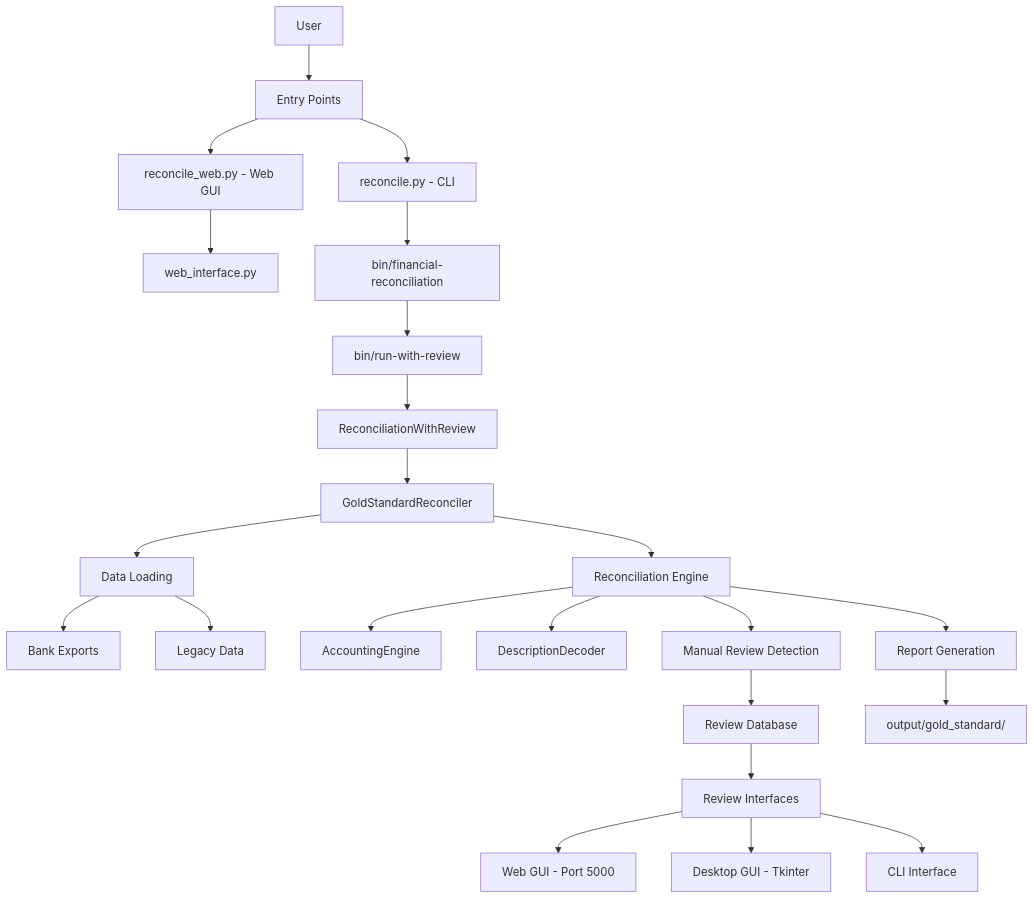
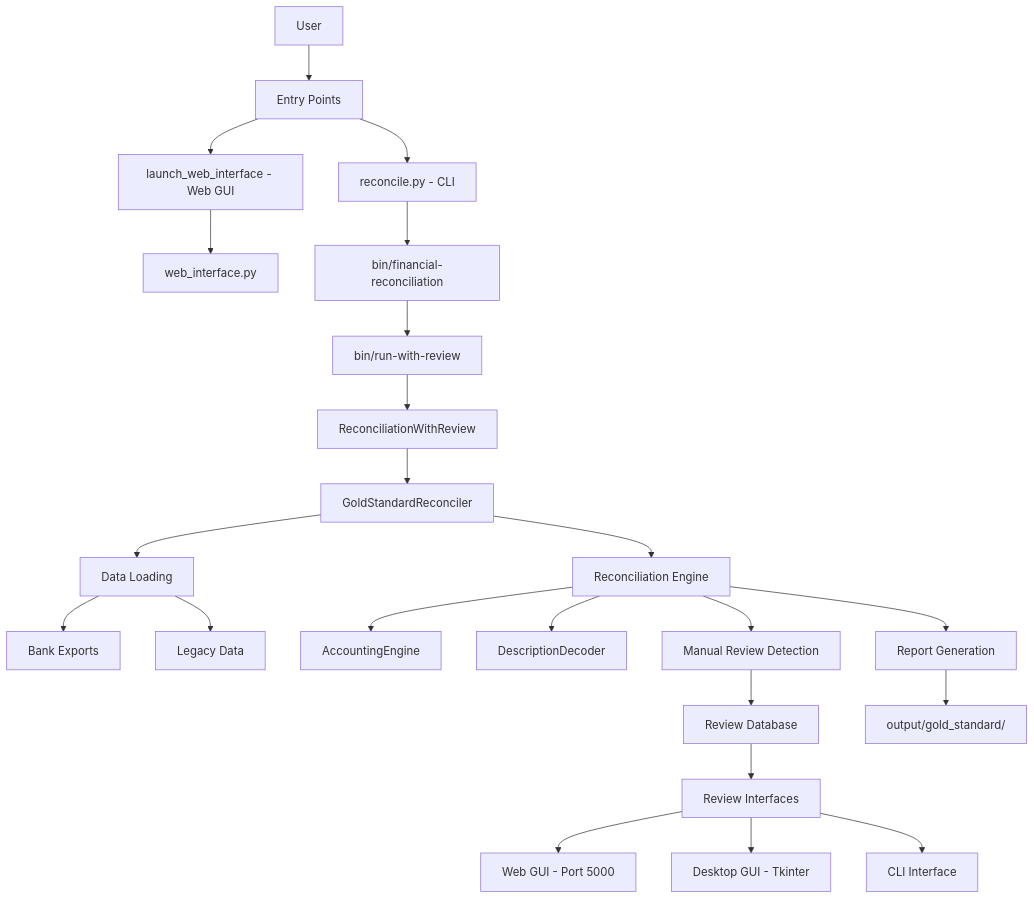
Before and after one commit to rzimmerman2022/financial-reconciliation-system: the diagram in docs/architecture/PIPELINE.md, drawn with Mermaid. The commit also changed other lines of this file and 10 other files, not shown here.

Commit message:
Docs sweep: replace stale web/GUI references with supported launchers; add offline assets guidance with vendor filenames + checksum hints. Web UI: create static/vendor dir, drop unused imports, fix save_decision lint.

````diff
--- a/docs/architecture/PIPELINE.md
+++ b/docs/architecture/PIPELINE.md
@@ -9,32 +9,32 @@
 ```mermaid
 graph TD
     A[User] --> B[Entry Points]
-    B --> C[reconcile_web.py - Web GUI]
+  B --> C[launch_web_interface - Web GUI]
     B --> D[reconcile.py - CLI]
     
     C --> E[web_interface.py]
     D --> F[bin/financial-reconciliation]
     F --> G[bin/run-with-review]
     
     G --> H[ReconciliationWithReview]
     H --> I[GoldStandardReconciler]
     
     I --> J[Data Loading]
     J --> K[Bank Exports]
     J --> L[Legacy Data]
     
     I --> M[Reconciliation Engine]
     M --> N[AccountingEngine]
     M --> O[DescriptionDecoder]
     
     M --> P[Manual Review Detection]
     P --> Q[Review Database]
     
     Q --> R[Review Interfaces]
     R --> S[Web GUI - Port 5000]
     R --> T[Desktop GUI - Tkinter]
     R --> U[CLI Interface]
     
     M --> V[Report Generation]
     V --> W[output/gold_standard/]
 ```
````
